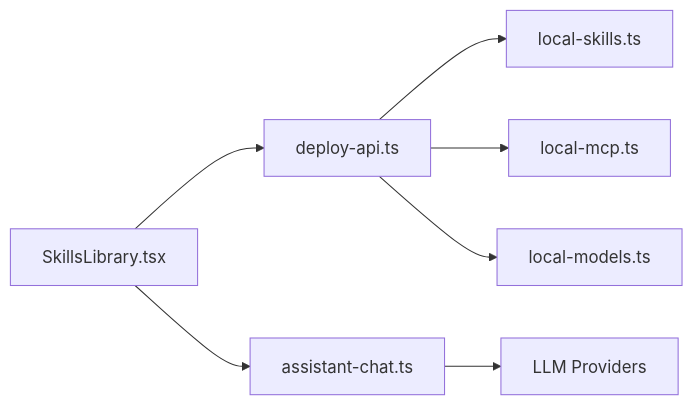
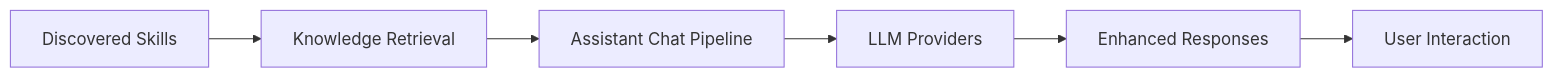
One commit to Glimora-X/work-helper changed the fourth of 4 diagrams in .qoder/repowiki/en/content/AI Assistant System/Skill System Architecture.md. Above: the diagram before and after it, drawn with Mermaid. The commit also changed other lines of this file and 5 other files, not shown here.

First line of the commit message:
docs(skill): enhance skill system architecture and documentation

````diff
--- a/.qoder/repowiki/en/content/AI Assistant System/Skill System Architecture.md
+++ b/.qoder/repowiki/en/content/AI Assistant System/Skill System Architecture.md
@@ -272,9 +360,8 @@
 ```mermaid
 graph LR
-UI["SkillsLibrary.tsx"] --> API["deploy-api.ts"]
-API --> LS["local-skills.ts"]
-API --> MCP["local-mcp.ts"]
-API --> MODELS["local-models.ts"]
-UI --> CHAT["assistant-chat.ts"]
-CHAT --> PROVIDERS["LLM Providers"]
+Skills["Discovered Skills"] --> Knowledge["Knowledge Retrieval"]
+Knowledge --> Assistant["Assistant Chat Pipeline"]
+Assistant --> Providers["LLM Providers"]
+Providers --> Responses["Enhanced Responses"]
+Responses --> Users["User Interaction"]
 ```
````
